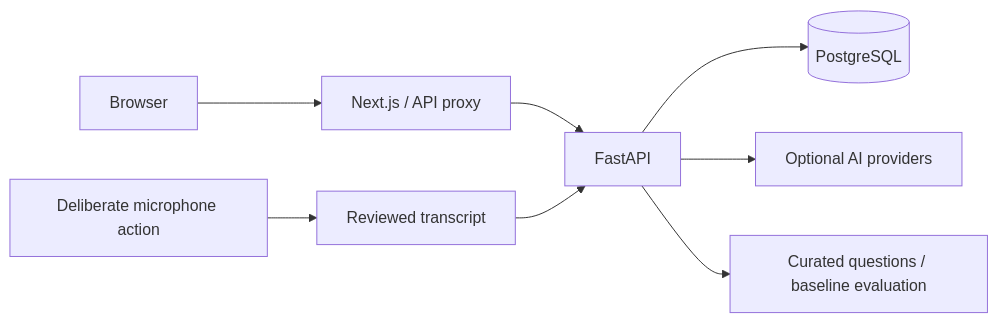
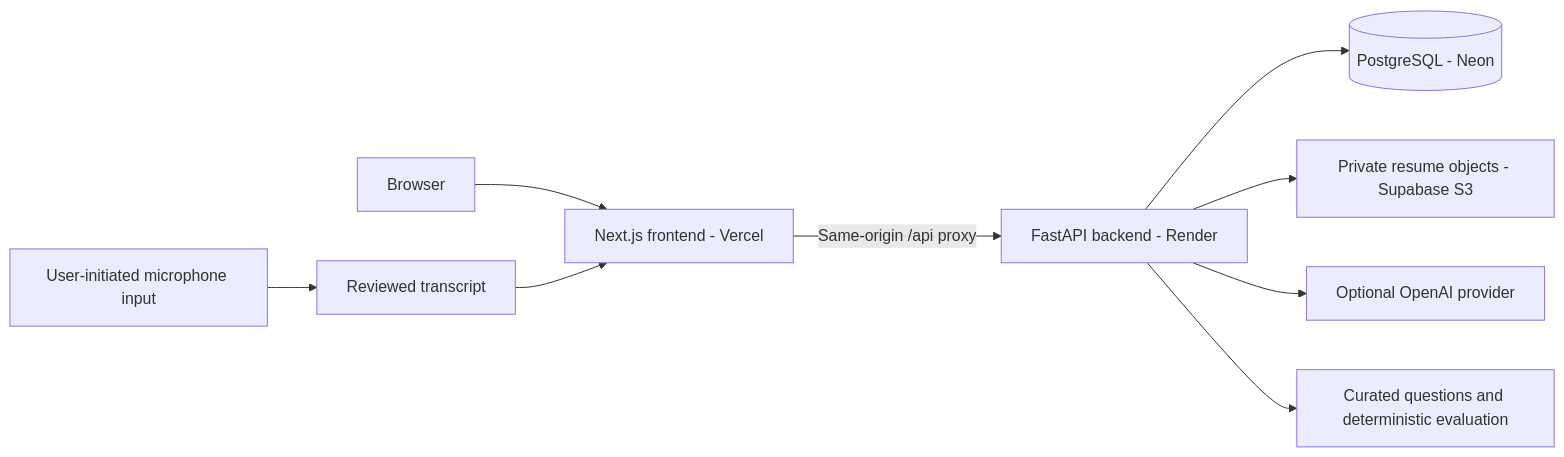
The diagram in README.md (keshav1234567891011/ai-interview-platform), drawn with Mermaid before and after one commit. The commit also changed other lines of this file and 3 other files, not shown here.

````diff
--- a/README.md
+++ b/README.md
@@ -27,10 +43,11 @@
 ```mermaid
 flowchart LR
-  Browser[Browser] --> Next[Next.js / API proxy]
-  Next --> API[FastAPI]
-  API --> DB[(PostgreSQL)]
-  API --> AI[Optional AI providers]
-  API --> Fallback[Curated questions / baseline evaluation]
-  Mic[Deliberate microphone action] --> Transcript[Reviewed transcript]
-  Transcript --> API
+    Browser[Browser] --> Web["Next.js frontend - Vercel"]
+    Web -->|Same-origin /api proxy| API["FastAPI backend - Render"]
+    API --> DB[("PostgreSQL - Neon")]
+    API --> Storage["Private resume objects - Supabase S3"]
+    API --> AI["Optional OpenAI provider"]
+    API --> Fallback["Curated questions and deterministic evaluation"]
+    Mic["User-initiated microphone input"] --> Transcript["Reviewed transcript"]
+    Transcript --> Web
 ```
````
